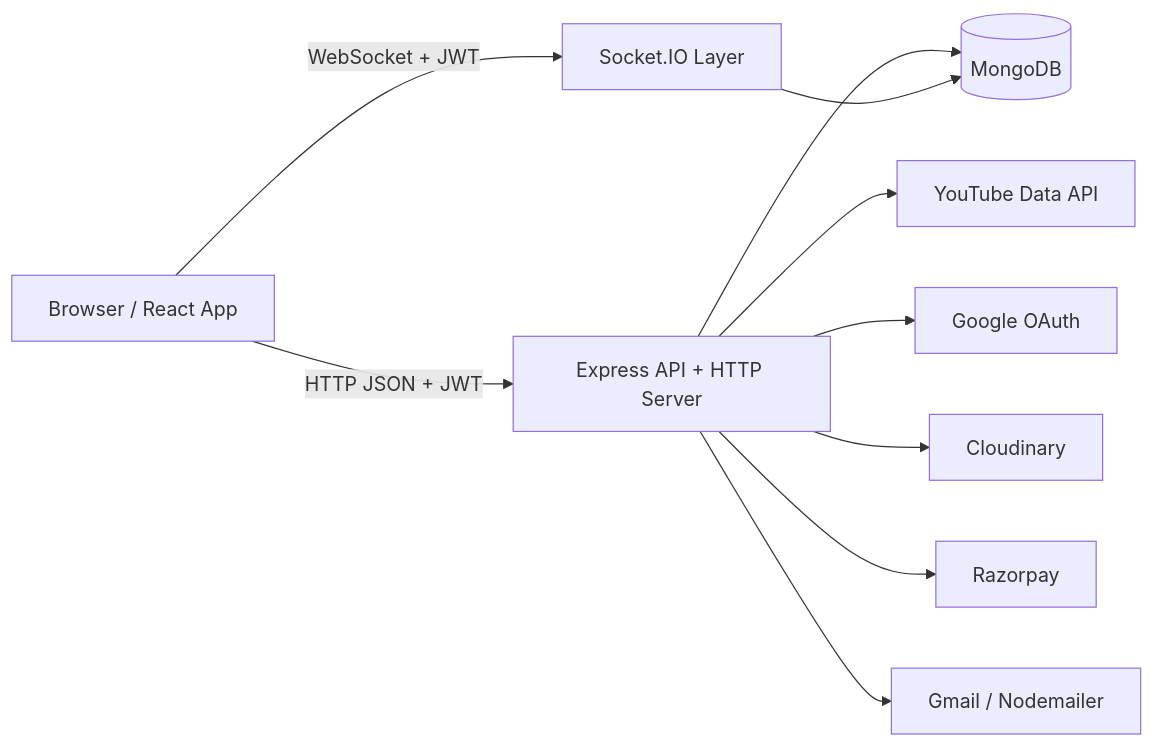
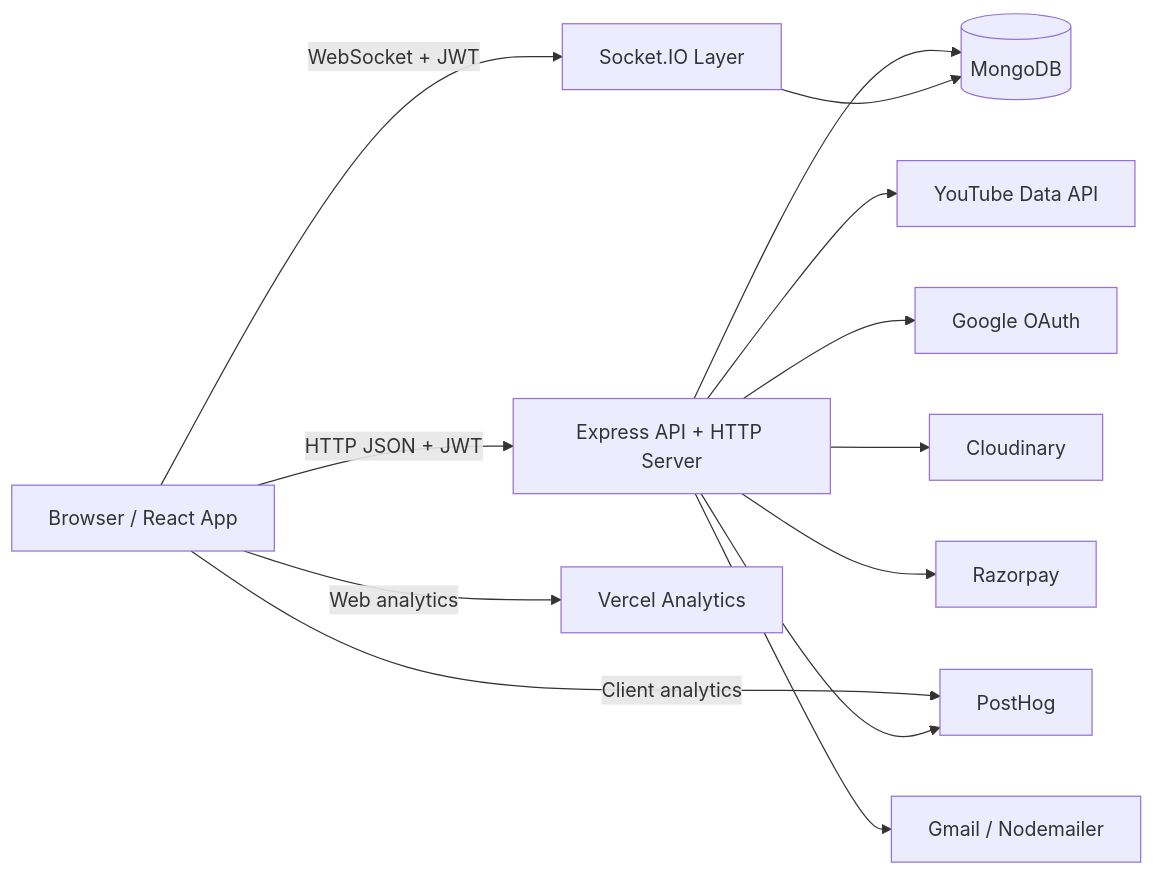
One commit to nikhilchoukseyy/PrepTube changed the diagram in README.md. Above: the diagram before and after it, drawn with Mermaid. The commit also changed other lines of this file and 15 other files, not shown here.

````diff
--- a/README.md
+++ b/README.md
@@ -74,22 +85,27 @@
 ```mermaid
 flowchart LR
   U[Browser / React App]
   API[Express API + HTTP Server]
   WS[Socket.IO Layer]
   DB[(MongoDB)]
   YT[YouTube Data API]
   GG[Google OAuth]
   CL[Cloudinary]
   RZ[Razorpay]
+  PH[PostHog]
+  VA[Vercel Analytics]
   EM[Gmail / Nodemailer]
 
   U -->|HTTP JSON + JWT| API
   U -->|WebSocket + JWT| WS
+  U -->|Client analytics| PH
+  U -->|Web analytics| VA
   API --> DB
   WS --> DB
   API --> YT
   API --> GG
   API --> CL
   API --> RZ
+  API --> PH
   API --> EM
 ```
````
